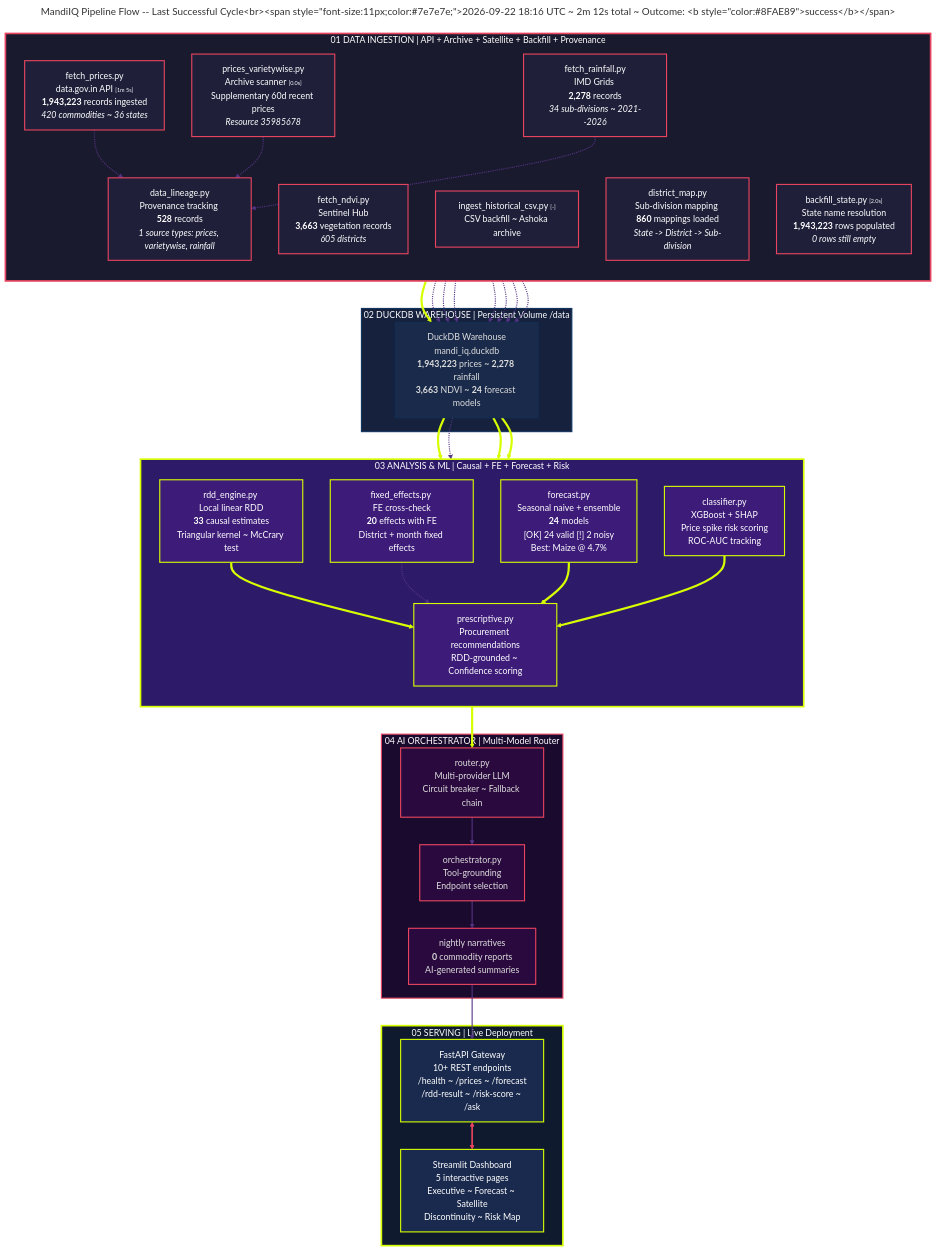
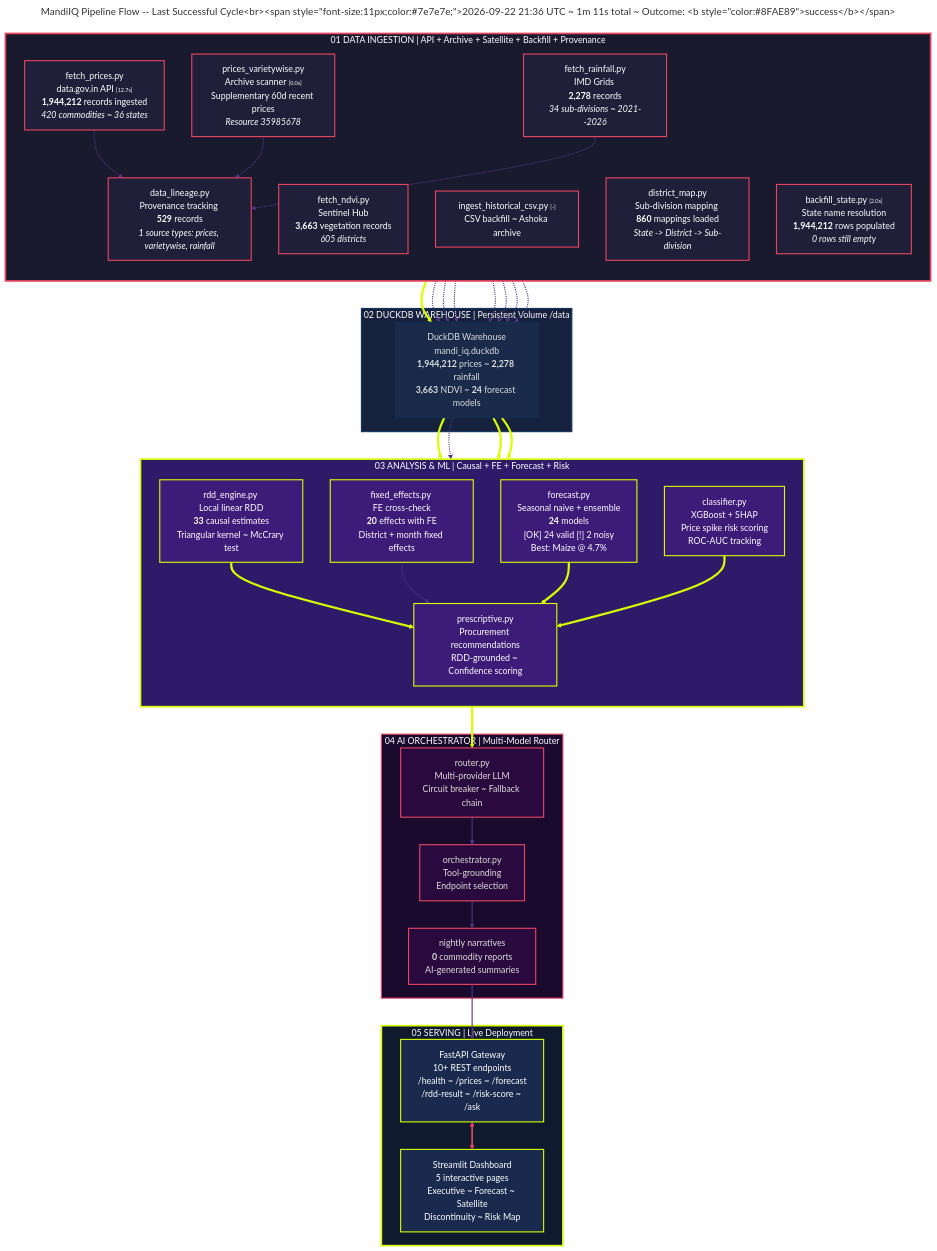
Before and after one commit to flawsom/test-mandi: the diagram in diagrams/pipeline-flow-live.mmd, drawn with Mermaid. The commit also changed 6 other files, not shown here.

```diff
--- a/diagrams/pipeline-flow-live.mmd
+++ b/diagrams/pipeline-flow-live.mmd
@@ -1,139 +1,139 @@
 ---
-title: "MandiIQ Pipeline Flow -- Last Successful Cycle<br/><span style='font-size:11px;color:#7e7e7e;'>2026-09-22 18:16 UTC ~ 2m 12s total ~ Outcome: <b style='color:#8FAE89'>success</b></span>"
+title: "MandiIQ Pipeline Flow -- Last Successful Cycle<br/><span style='font-size:11px;color:#7e7e7e;'>2026-09-22 21:36 UTC ~ 1m 11s total ~ Outcome: <b style='color:#8FAE89'>success</b></span>"
 ---
 %%{init: {
   "theme": "dark",
   "themeVariables": {
     "primaryColor": "#1a1a2e",
     "primaryTextColor": "#ffffff",
     "primaryBorderColor": "#d7ff00",
     "lineColor": "#d7ff00",
     "secondaryColor": "#16213e",
     "tertiaryColor": "#0f3460",
     "mainBkg": "#0d0d1a",
     "nodeBorder": "#533483",
     "clusterBkg": "#0a0a12",
     "clusterBorder": "#2a2a4a",
     "titleColor": "#d7ff00",
     "edgeLabelBackground": "#0d0d1a",
     "nodeTextColor": "#ffffff",
     "fontFamily": "\"Space Grotesk\", \"Inter\", sans-serif"
   },
   "flowchart": {
     "useMaxWidth": true,
     "htmlLabels": true,
     "curve": "basis",
     "padding": 20
   }
 }%%
 flowchart TD
     %% Stage 1: DATA INGESTION
     subgraph S1["01 DATA INGESTION  | API + Archive + Satellite + Backfill + Provenance"]
         direction TB
-        A1["fetch_prices.py<br/>data.gov.in API <span style='color:#7e7e7e;font-size:10px;'>[1m 5s]</span><br/><b>1,943,223</b> records ingested<br/><i>420 commodities ~ 36 states</i>"]
+        A1["fetch_prices.py<br/>data.gov.in API <span style='color:#7e7e7e;font-size:10px;'>[12.7s]</span><br/><b>1,944,212</b> records ingested<br/><i>420 commodities ~ 36 states</i>"]
         A2["prices_varietywise.py<br/>Archive scanner <span style='color:#7e7e7e;font-size:10px;'>[0.0s]</span><br/>Supplementary 60d recent prices<br/><i>Resource 35985678</i>"]
         A3["fetch_rainfall.py<br/>IMD Grids <br/><b>2,278</b> records<br/><i>34 sub-divisions ~ 2021--2026</i>"]
         A4["fetch_ndvi.py<br/>Sentinel Hub <br/><b>3,663</b> vegetation records<br/><i>605 districts</i>"]
         A5["ingest_historical_csv.py <span style='color:#7e7e7e;font-size:10px;'>[-]</span><br/>CSV backfill ~ Ashoka archive"]
         A6["district_map.py<br/>Sub-division mapping <br/><b>860</b> mappings loaded<br/><i>State -> District -> Sub-division</i>"]
-        A7["backfill_state.py <span style='color:#7e7e7e;font-size:10px;'>[2.0s]</span><br/>State name resolution<br/><b>1,943,223</b> rows populated<br/><i>0 rows still empty</i>"]
-        A8["data_lineage.py<br/>Provenance tracking <br/><b>528</b> records<br/><i>1 source types: prices, varietywise, rainfall</i>"]
+        A7["backfill_state.py <span style='color:#7e7e7e;font-size:10px;'>[2.0s]</span><br/>State name resolution<br/><b>1,944,212</b> rows populated<br/><i>0 rows still empty</i>"]
+        A8["data_lineage.py<br/>Provenance tracking <br/><b>529</b> records<br/><i>1 source types: prices, varietywise, rainfall</i>"]
     end
 
     %% Stage 2: DUCKDB WAREHOUSE
     subgraph S2["02 DUCKDB WAREHOUSE  | Persistent Volume /data"]
-        B1["DuckDB Warehouse<br/>mandi_iq.duckdb<br/><b>1,943,223</b> prices ~ <b>2,278</b> rainfall<br/><b>3,663</b> NDVI ~ <b>24</b> forecast models"]
+        B1["DuckDB Warehouse<br/>mandi_iq.duckdb<br/><b>1,944,212</b> prices ~ <b>2,278</b> rainfall<br/><b>3,663</b> NDVI ~ <b>24</b> forecast models"]
     end
 
     %% Stage 3: ANALYSIS & ML
     subgraph S3["03 ANALYSIS & ML  | Causal + FE + Forecast + Risk"]
         direction TB
         C1["rdd_engine.py <br/>Local linear RDD<br/><b>33</b> causal estimates<br/>Triangular kernel ~ McCrary test"]
         C2["fixed_effects.py <br/>FE cross-check<br/><b>20</b> effects with FE<br/>District + month fixed effects"]
         C3["forecast.py <br/>Seasonal naive + ensemble<br/><b>24</b> models<br/><span style='color:#8FAE89'>[OK] 24 valid</span> <span style='color:#D9663B'>[!] 2 noisy</span><br/>Best: Maize @ 4.7%"]
         C4["classifier.py <br/>XGBoost + SHAP<br/>Price spike risk scoring<br/>ROC-AUC tracking"]
         C5["prescriptive.py<br/>Procurement recommendations<br/>RDD-grounded ~ Confidence scoring"]
     end
 
     %% Stage 4: AI ORCHESTRATOR
     subgraph S4["04 AI ORCHESTRATOR  | Multi-Model Router"]
         D1["router.py<br/>Multi-provider LLM<br/>Circuit breaker ~ Fallback chain"]
         D2["orchestrator.py<br/>Tool-grounding<br/>Endpoint selection"]
         D3["nightly narratives<br/><b>0</b> commodity reports<br/>AI-generated summaries"]
     end
 
     %% Stage 5: SERVING
     subgraph S5["05 SERVING  | Live Deployment"]
         E1["FastAPI Gateway<br/>10+ REST endpoints<br/>/health ~ /prices ~ /forecast<br/>/rdd-result ~ /risk-score ~ /ask"]
         E2["Streamlit Dashboard<br/>5 interactive pages<br/>Executive ~ Forecast ~ Satellite<br/>Discontinuity ~ Risk Map"]
     end
 
     %% Main flow: ingestion -> warehouse
     A1 ==> B1
     A2 -.-> B1
     A3 -.-> B1
     A4 -.-> B1
     A5 -.-> B1
     A6 -.-> B1
     A7 -.-> B1
 
     %% Main flow: ingestion -> provenance tracking
     A1 -.-> A8
     A2 -.-> A8
     A3 -.-> A8
     A8 -.-> B1
 
     %% Main flow: warehouse -> analysis
     B1 ==> C1
     B1 -.-> C2
     B1 ==> C3
     B1 ==> C4
 
     %% Main flow: analysis -> prescriptive -> AI
     C1 ==> C5
     C2 -.-> C5
     C3 ==> C5
     C4 ==> C5
 
     C5 ==> D1
     D1 ==> D2
     D2 ==> D3
     D3 ==> E1
 
     E1 <==> E2
 
     %% Edge styling: thick = primary path
     linkStyle 0,11,13,14,15,17,18,19 stroke-width:4px,stroke:#d7ff00,fill:none
     linkStyle 1,2,3,4,5,6,7,8,9,10,12,16,20,21,22 stroke-width:2px,stroke:#533483,fill:none
     linkStyle 23 stroke-width:3px,stroke:#e94560,fill:none
 
     %% Stage classes
     classDef stage1 fill:#1a1a2e,stroke:#e94560,stroke-width:3px,color:#fff
     classDef stage1Node fill:#1f1f3a,stroke:#e94560,stroke-width:2px,color:#fff
 
     classDef stage2 fill:#16213e,stroke:#0f3460,stroke-width:2px,color:#fff
     classDef stage2Node fill:#1a2a4a,stroke:#0f3460,stroke-width:1px,color:#ddd
 
     classDef stage3 fill:#2d1b69,stroke:#d7ff00,stroke-width:3px,color:#fff
     classDef stage3Node fill:#3d1b79,stroke:#d7ff00,stroke-width:2px,color:#fff
 
     classDef stage4 fill:#1a0a2e,stroke:#e94560,stroke-width:2px,color:#fff
     classDef stage4Node fill:#2a0a3e,stroke:#e94560,stroke-width:2px,color:#ddd
 
     classDef stage5 fill:#0f1a2e,stroke:#d7ff00,stroke-width:3px,color:#fff
     classDef stage5Node fill:#1a2a4e,stroke:#d7ff00,stroke-width:2px,color:#fff
 
     class S1 stage1
     class A1,A2,A3,A4,A5,A6,A7,A8 stage1Node
 
     class S2 stage2
     class B1 stage2Node
 
     class S3 stage3
     class C1,C2,C3,C4,C5 stage3Node
 
     class S4 stage4
     class D1,D2,D3 stage4Node
 
     class S5 stage5
     class E1,E2 stage5Node
```
